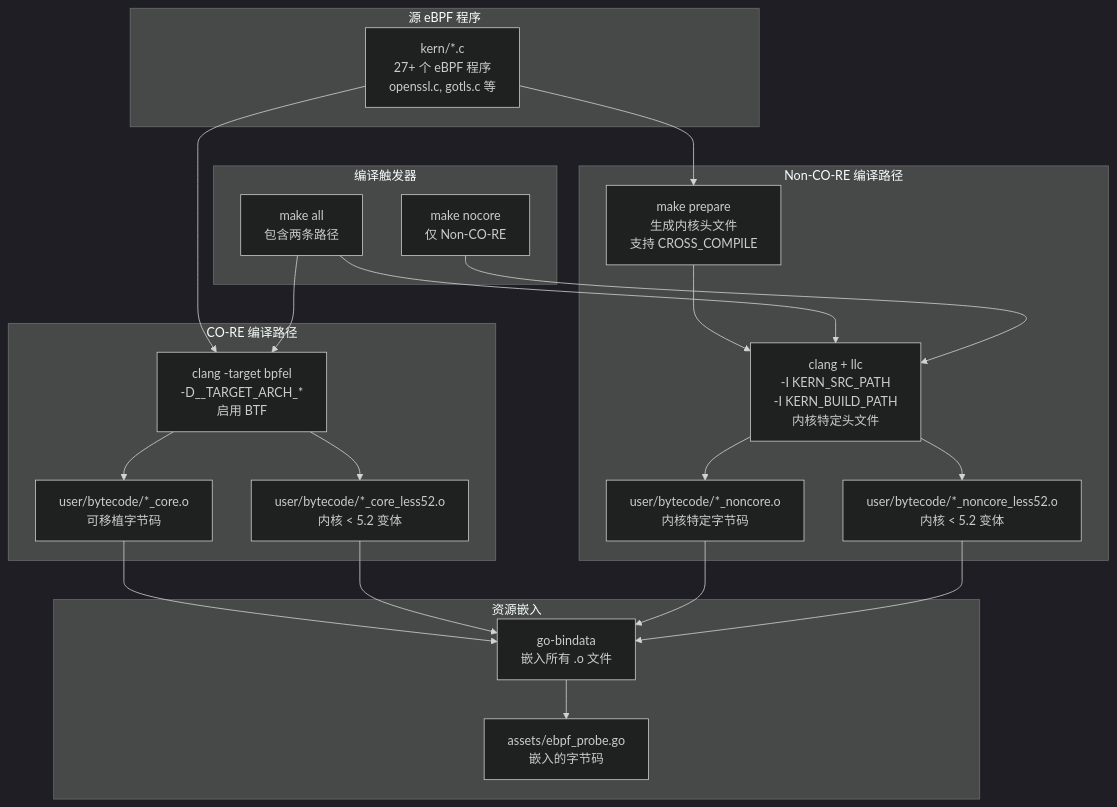
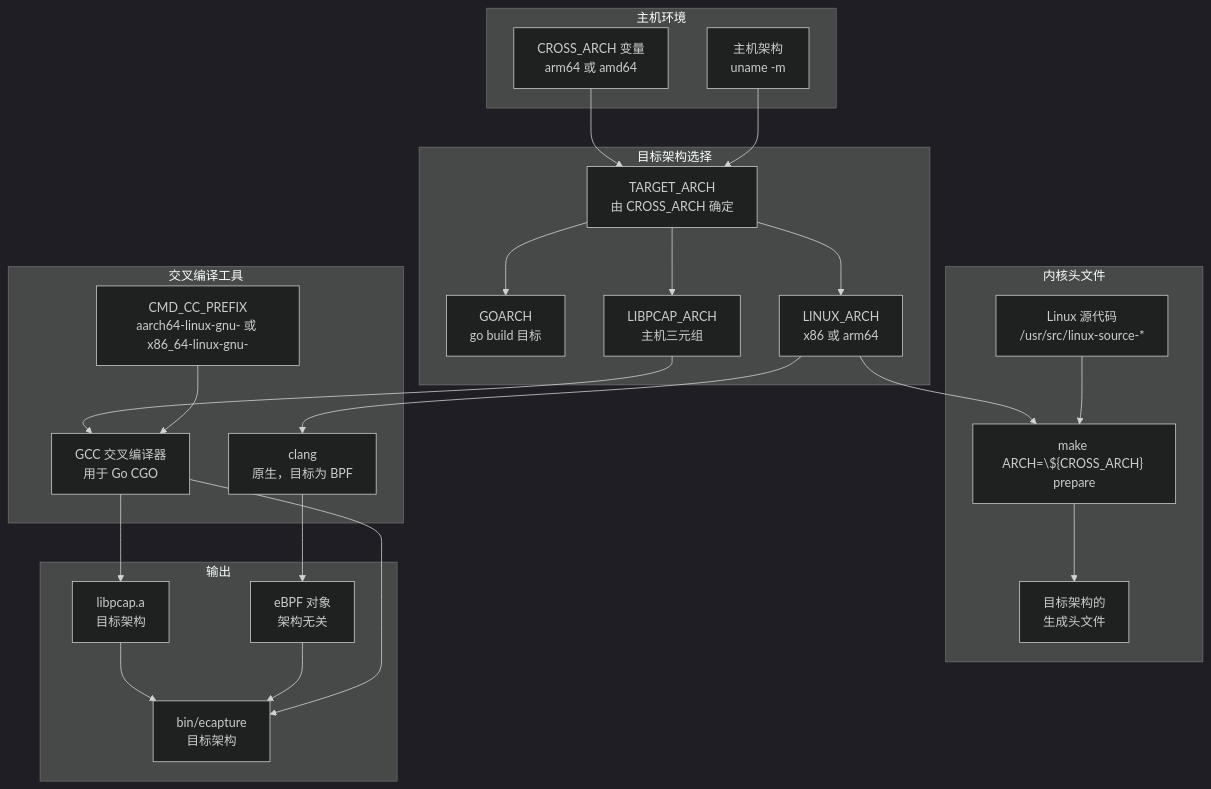
The third of 6 diagrams in src/zh/5-development-guide/5.1-build-system.md (gojue/ecapture.cc), drawn with Mermaid (dark theme) before and after one commit. The commit also changed other lines of this file and 115 other files, not shown here.

````diff
--- a/src/zh/5-development-guide/5.1-build-system.md
+++ b/src/zh/5-development-guide/5.1-build-system.md
@@ -138,56 +230,53 @@
 ```mermaid
 graph TB
-    subgraph "源 eBPF 程序"
-        KERN_C["kern/*.c<br/>27+ 个 eBPF 程序<br/>openssl.c, gotls.c 等"]
+    subgraph "主机环境"
+        HOST_ARCH["主机架构<br/>uname -m"]
+        CROSS_VAR["CROSS_ARCH 变量<br/>arm64 或 amd64"]
     end
     
-    subgraph "CO-RE 编译路径"
-        CLANG_CORE["clang -target bpfel<br/>-D__TARGET_ARCH_*<br/>启用 BTF"]
-        
-        CORE_OUT["user/bytecode/*_core.o<br/>可移植字节码"]
-        
-        LESS52_CORE["user/bytecode/*_core_less52.o<br/>内核 < 5.2 变体"]
+    subgraph "目标架构选择"
+        TARGET_ARCH["TARGET_ARCH<br/>由 CROSS_ARCH 确定"]
+        GOARCH["GOARCH<br/>go build 目标"]
+        LINUX_ARCH["LINUX_ARCH<br/>x86 或 arm64"]
+        LIBPCAP_ARCH["LIBPCAP_ARCH<br/>主机三元组"]
     end
     
-    subgraph "Non-CO-RE 编译路径"
-        PREPARE["make prepare<br/>生成内核头文件<br/>支持 CROSS_COMPILE"]
-        
-        CLANG_NC["clang + llc<br/>-I KERN_SRC_PATH<br/>-I KERN_BUILD_PATH<br/>内核特定头文件"]
-        
-        NC_OUT["user/bytecode/*_noncore.o<br/>内核特定字节码"]
-        
-        LESS52_NC["user/bytecode/*_noncore_less52.o<br/>内核 < 5.2 变体"]
+    subgraph "内核头文件"
+        LINUX_SOURCE["Linux 源代码<br/>/usr/src/linux-source-*"]
+        KERN_PREPARE["make ARCH=\${CROSS_ARCH} prepare"]
+        KERN_HEADERS["目标架构的<br/>生成头文件"]
     end
     
-    subgraph "资源嵌入"
-        BINDATA["go-bindata<br/>嵌入所有 .o 文件"]
-        
-        PROBE_GO["assets/ebpf_probe.go<br/>嵌入的字节码"]
+    subgraph "交叉编译工具"
+        CLANG["clang<br/>原生，目标为 BPF"]
+        CC_PREFIX["CMD_CC_PREFIX<br/>aarch64-linux-gnu- 或 x86_64-linux-gnu-"]
+        GCC["GCC 交叉编译器<br/>用于 Go CGO"]
     end
     
-    subgraph "编译触发器"
-        ALL_TARGET["make all<br/>包含两条路径"]
-        NOCORE_TARGET["make nocore<br/>仅 Non-CO-RE"]
+    subgraph "输出"
+        EBPF_OBJ["eBPF 对象<br/>架构无关"]
+        LIBPCAP["libpcap.a<br/>目标架构"]
+        BINARY["bin/ecapture<br/>目标架构"]
     end
     
-    KERN_C --> CLANG_CORE
-    KERN_C --> PREPARE
+    HOST_ARCH --> TARGET_ARCH
+    CROSS_VAR --> TARGET_ARCH
+    TARGET_ARCH --> GOARCH
+    TARGET_ARCH --> LINUX_ARCH
+    TARGET_ARCH --> LIBPCAP_ARCH
     
-    CLANG_CORE --> CORE_OUT
-    CLANG_CORE --> LESS52_CORE
+    LINUX_SOURCE --> KERN_PREPARE
+    LINUX_ARCH --> KERN_PREPARE
+    KERN_PREPARE --> KERN_HEADERS
     
-    PREPARE --> CLANG_NC
-    CLANG_NC --> NC_OUT
-    CLANG_NC --> LESS52_NC
+    LINUX_ARCH --> CLANG
+    CLANG --> EBPF_OBJ
     
-    CORE_OUT --> BINDATA
-    LESS52_CORE --> BINDATA
-    NC_OUT --> BINDATA
-    LESS52_NC --> BINDATA
+    CC_PREFIX --> GCC
+    LIBPCAP_ARCH --> GCC
+    GCC --> LIBPCAP
+    GCC --> BINARY
     
-    BINDATA --> PROBE_GO
-    
-    ALL_TARGET --> CLANG_CORE
-    ALL_TARGET --> CLANG_NC
-    NOCORE_TARGET --> CLANG_NC
+    EBPF_OBJ --> BINARY
+    LIBPCAP --> BINARY
 ```
````
